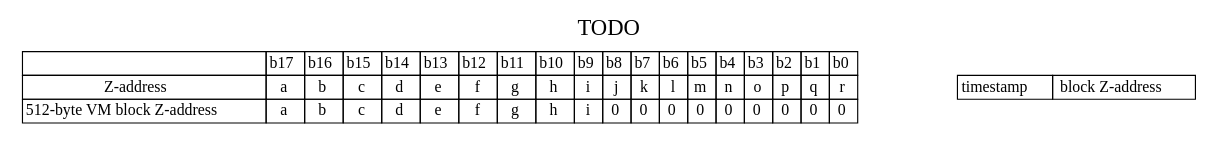
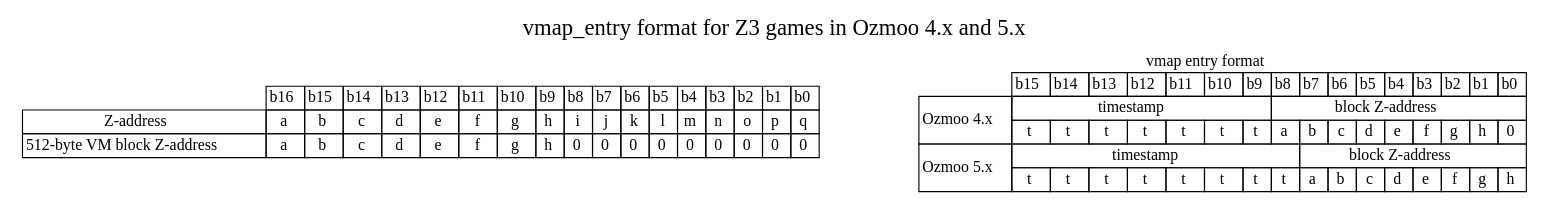
The diagram in documentation/techdocs/vm-address.dot (ZornsLemma/ozmoo), drawn with Graphviz before and after one commit.

Commit message:
WIP diagram

```diff
--- a/documentation/techdocs/vm-address.dot
+++ b/documentation/techdocs/vm-address.dot
@@ -1,82 +1,143 @@
 digraph memory {
-    graph [nodesep=1, label="TODO", fontsize=20, labelloc=t];
+    graph [nodesep=1, label="vmap_entry format for Z3 games in Ozmoo 4.x and 5.x", fontsize=20, labelloc=t];
     forcelabels=true;
     node [shape=plaintext];
 
     zaddress [label=<
     <table border="0" cellborder="1" cellspacing="0">
         <tr>
-	    <td></td>
-	    <td>b17</td>
+	    <td border="0"></td>
 	    <td>b16</td>
 	    <td>b15</td>
 	    <td>b14</td>
 	    <td>b13</td>
 	    <td>b12</td>
 	    <td>b11</td>
 	    <td>b10</td>
 	    <td>b9</td>
 	    <td>b8</td>
 	    <td>b7</td>
 	    <td>b6</td>
 	    <td>b5</td>
 	    <td>b4</td>
 	    <td>b3</td>
 	    <td>b2</td>
 	    <td>b1</td>
 	    <td>b0</td>
 	</tr>
 	<tr>
 	    <td>Z-address</td>
 	    <td>a</td>
 	    <td>b</td>
 	    <td>c</td>
 	    <td>d</td>
 	    <td>e</td>
 	    <td>f</td>
 	    <td>g</td>
 	    <td>h</td>
 	    <td>i</td>
 	    <td>j</td>
 	    <td>k</td>
 	    <td>l</td>
 	    <td>m</td>
 	    <td>n</td>
 	    <td>o</td>
 	    <td>p</td>
 	    <td>q</td>
-	    <td>r</td>
 	</tr>
 	<tr>
 	    <td>512-byte VM block Z-address</td>
 	    <td>a</td>
 	    <td>b</td>
 	    <td>c</td>
 	    <td>d</td>
 	    <td>e</td>
 	    <td>f</td>
 	    <td>g</td>
 	    <td>h</td>
-	    <td>i</td>
 	    <td>0</td>
 	    <td>0</td>
 	    <td>0</td>
 	    <td>0</td>
 	    <td>0</td>
 	    <td>0</td>
 	    <td>0</td>
 	    <td>0</td>
 	    <td>0</td>
 	</tr>
     </table>>];
 
     vmap4 [label=<
     <table border="0" cellborder="1" cellspacing="0">
 	<tr>
+	    <td colspan="17" border="0">vmap entry format</td>
+	</tr>
+	<tr>
+	    <td border="0"></td>
+	    <td>b15</td>
+	    <td>b14</td>
+	    <td>b13</td>
+	    <td>b12</td>
+	    <td>b11</td>
+	    <td>b10</td>
+	    <td>b9</td>
+	    <td>b8</td>
+	    <td>b7</td>
+	    <td>b6</td>
+	    <td>b5</td>
+	    <td>b4</td>
+	    <td>b3</td>
+	    <td>b2</td>
+	    <td>b1</td>
+	    <td>b0</td>
+	</tr>
+	<tr>
+	    <td rowspan="2">Ozmoo 4.x</td>
 	    <td colspan="7">timestamp</td>
 	    <td colspan="9">block Z-address</td>
+	</tr>
+	<tr>
+	    <td>t</td>
+	    <td>t</td>
+	    <td>t</td>
+	    <td>t</td>
+	    <td>t</td>
+	    <td>t</td>
+	    <td>t</td>
+	    <td>a</td>
+	    <td>b</td>
+	    <td>c</td>
+	    <td>d</td>
+	    <td>e</td>
+	    <td>f</td>
+	    <td>g</td>
+	    <td>h</td>
+	    <td>0</td>
+	</tr>
+	<tr>
+	    <td rowspan="2">Ozmoo 5.x</td>
+	    <td colspan="8">timestamp</td>
+	    <td colspan="8">block Z-address</td>
+	</tr>
+	<tr>
+	    <td>t</td>
+	    <td>t</td>
+	    <td>t</td>
+	    <td>t</td>
+	    <td>t</td>
+	    <td>t</td>
+	    <td>t</td>
+	    <td>t</td>
+	    <td>a</td>
+	    <td>b</td>
+	    <td>c</td>
+	    <td>d</td>
+	    <td>e</td>
+	    <td>f</td>
+	    <td>g</td>
+	    <td>h</td>
 	</tr>
     </table>>];
 }
 
 # vi: sw=4 sts=4
```
